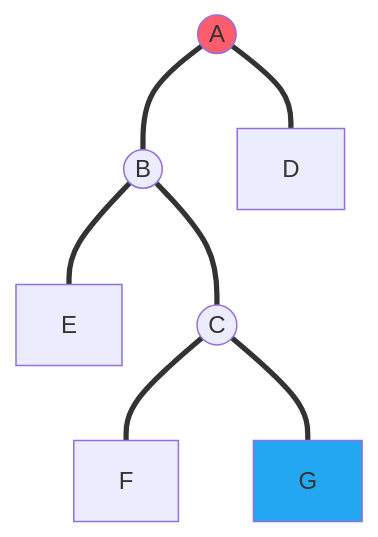
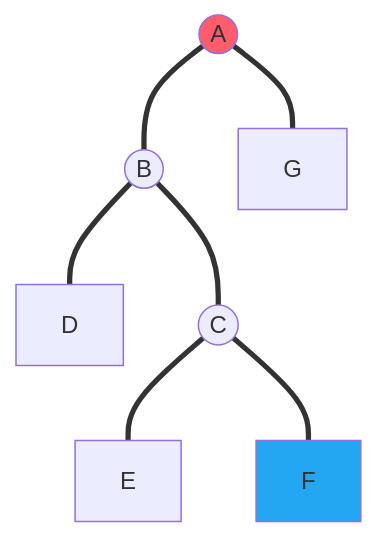
Before and after one commit to WintermelonC/WintermelonC_Docs: the tenth of 25 diagrams in docs/zju/compulsory_courses/ADS/ch1.md, drawn with Mermaid. The commit also changed other lines of this file and 11 other files, not shown here.

````diff
--- a/docs/zju/compulsory_courses/ADS/ch1.md
+++ b/docs/zju/compulsory_courses/ADS/ch1.md
@@ -209,18 +209,18 @@
     ```mermaid
     graph TD;
     A((A))
     B((B))
     E[E]
+    D[D]
     C((C))
-    D[D]
     F[F]
     G[G]
     A === B
-    A === D
-    B === E
+    A === G
+    B === D
     B === C
+    C === E
     C === F
-    C === G
     style A fill: #ff5c6c
-    style G fill: #23a7f2
+    style F fill: #23a7f2
     ```
````
